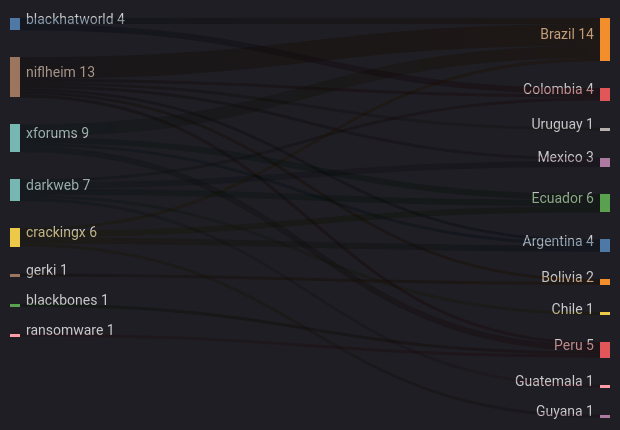
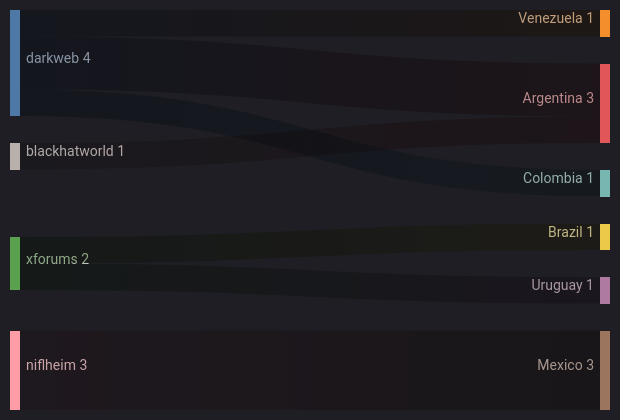
Before and after one commit to ZoqueLabs/website: the fourth of 5 diagrams in exfiltradaz.md, drawn with Mermaid. The commit also changed other lines of this file, not shown here.

````diff
--- a/exfiltradaz.md
+++ b/exfiltradaz.md
@@ -124,32 +91,14 @@
 ```mermaid
 ---
 config:
   theme: dark
 ---
 sankey-beta
-  blackhatworld,Brazil,2
-  blackhatworld,Colombia,2
-  darkweb,Ecuador,2
-  darkweb,Chile,1
-  darkweb,Mexico,2
-  darkweb,Guatemala,1
+  darkweb,Venezuela,1
+  darkweb,Argentina,2
   darkweb,Colombia,1
-  niflheim,Uruguay,1
-  niflheim,Brazil,7
-  niflheim,Argentina,1
-  niflheim,Bolivia,1
-  niflheim,Colombia,1
-  niflheim,Mexico,1
-  niflheim,Peru,1
-  xforums,Peru,2
-  xforums,Brazil,4
-  xforums,Ecuador,2
-  xforums,Argentina,1
-  blackbones,Peru,1
-  crackingx,Guyana,1
-  crackingx,Ecuador,2
-  crackingx,Argentina,2
-  crackingx,Brazil,1
-  ransomware,Peru,1
-  gerki,Bolivia,1
+  xforums,Brazil,1
+  xforums,Uruguay,1
+  niflheim,Mexico,3
+  blackhatworld,Argentina,1
 ```
````
